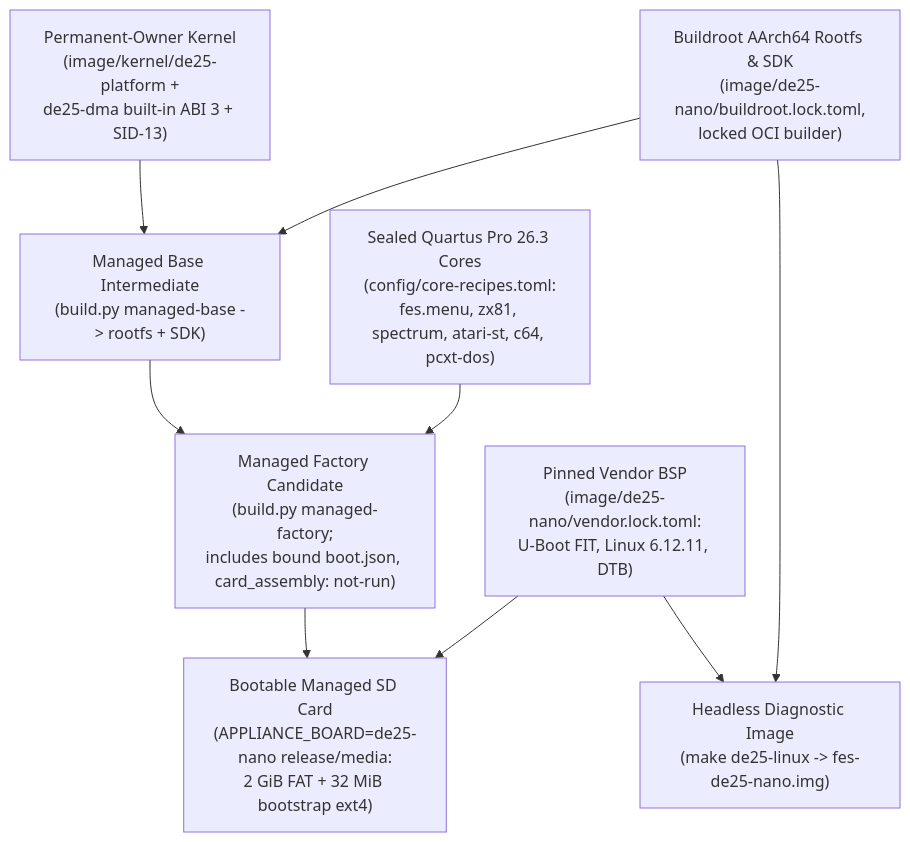
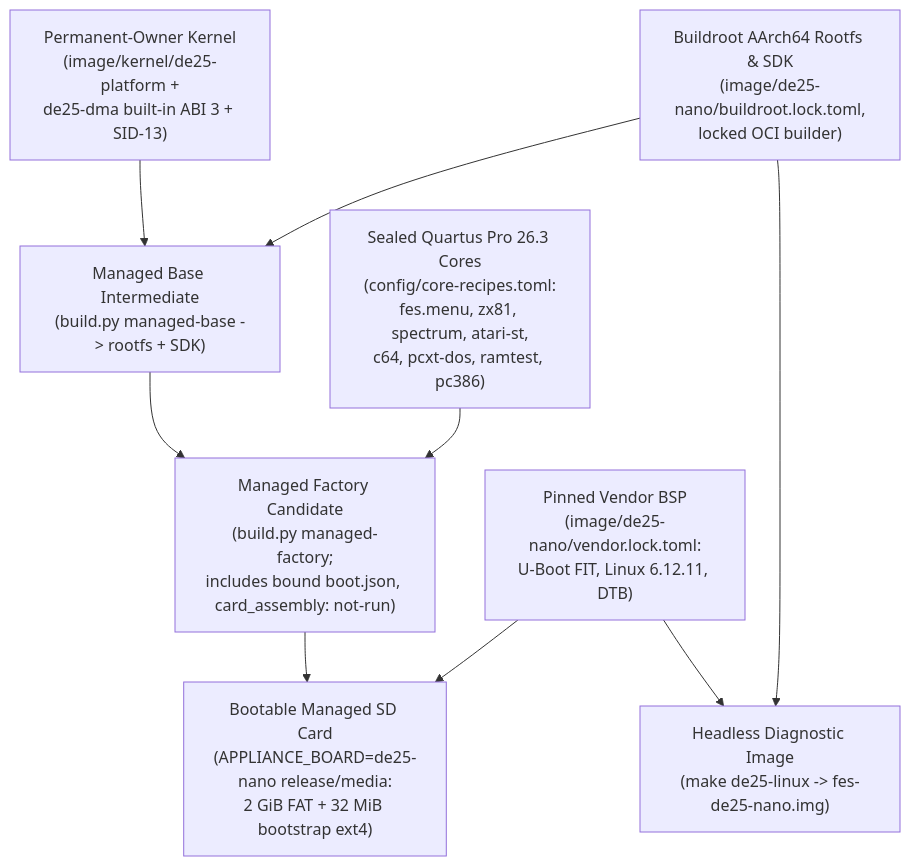
One commit to DeanoC/fes changed the first of 2 diagrams in docs/de25-linux.md. Above: the diagram before and after it, drawn with Mermaid. The commit also changed 4 other files, not shown here.

````diff
--- a/docs/de25-linux.md
+++ b/docs/de25-linux.md
@@ -36,20 +36,20 @@
 ```mermaid
 flowchart TD
   Vendor["Pinned Vendor BSP\n(image/de25-nano/vendor.lock.toml:\nU-Boot FIT, Linux 6.12.11, DTB)"]
   Kernel["Permanent-Owner Kernel\n(image/kernel/de25-platform +\nde25-dma built-in ABI 3 + SID-13)"]
   BR["Buildroot AArch64 Rootfs & SDK\n(image/de25-nano/buildroot.lock.toml,\nlocked OCI builder)"]
-  Cores["Sealed Quartus Pro 26.3 Cores\n(config/core-recipes.toml:\nfes.menu, zx81, spectrum, atari-st, c64, pcxt-dos)"]
+  Cores["Sealed Quartus Pro 26.3 Cores\n(config/core-recipes.toml:\nfes.menu, zx81, spectrum, atari-st,\nc64, pcxt-dos, ramtest, pc386)"]
   Headless["Headless Diagnostic Image\n(make de25-linux -> fes-de25-nano.img)"]
   Base["Managed Base Intermediate\n(build.py managed-base -> rootfs + SDK)"]
   Factory["Managed Factory Candidate\n(build.py managed-factory;\nincludes bound boot.json, card_assembly: not-run)"]
   Card["Bootable Managed SD Card\n(APPLIANCE_BOARD=de25-nano release/media:\n2 GiB FAT + 32 MiB bootstrap ext4)"]
 
   Vendor --> Headless
   BR --> Headless
   Kernel --> Base
   BR --> Base
   Base --> Factory
   Cores --> Factory
   Factory --> Card
   Vendor --> Card
 ```
````
